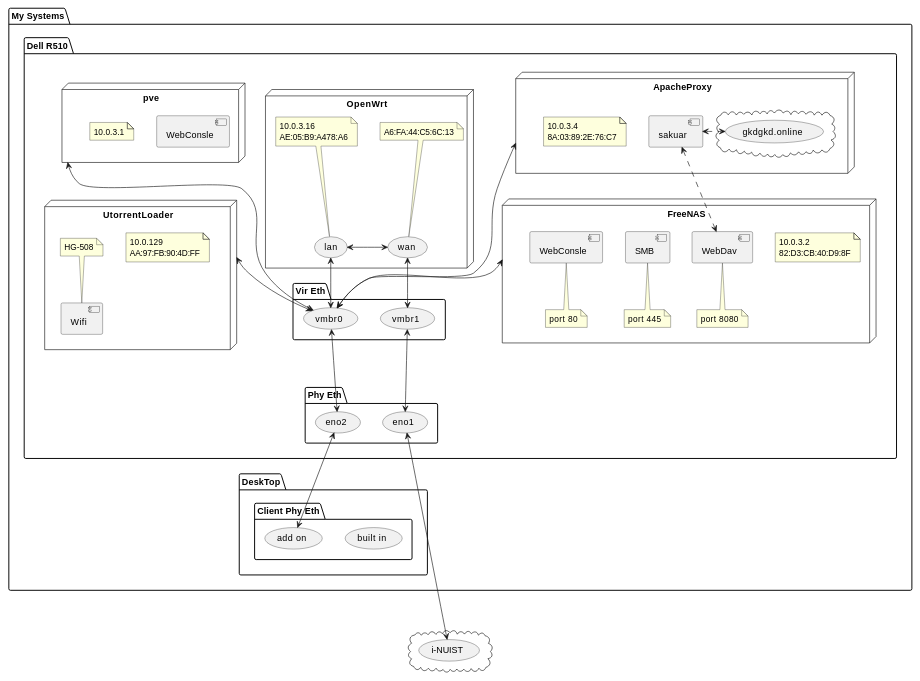
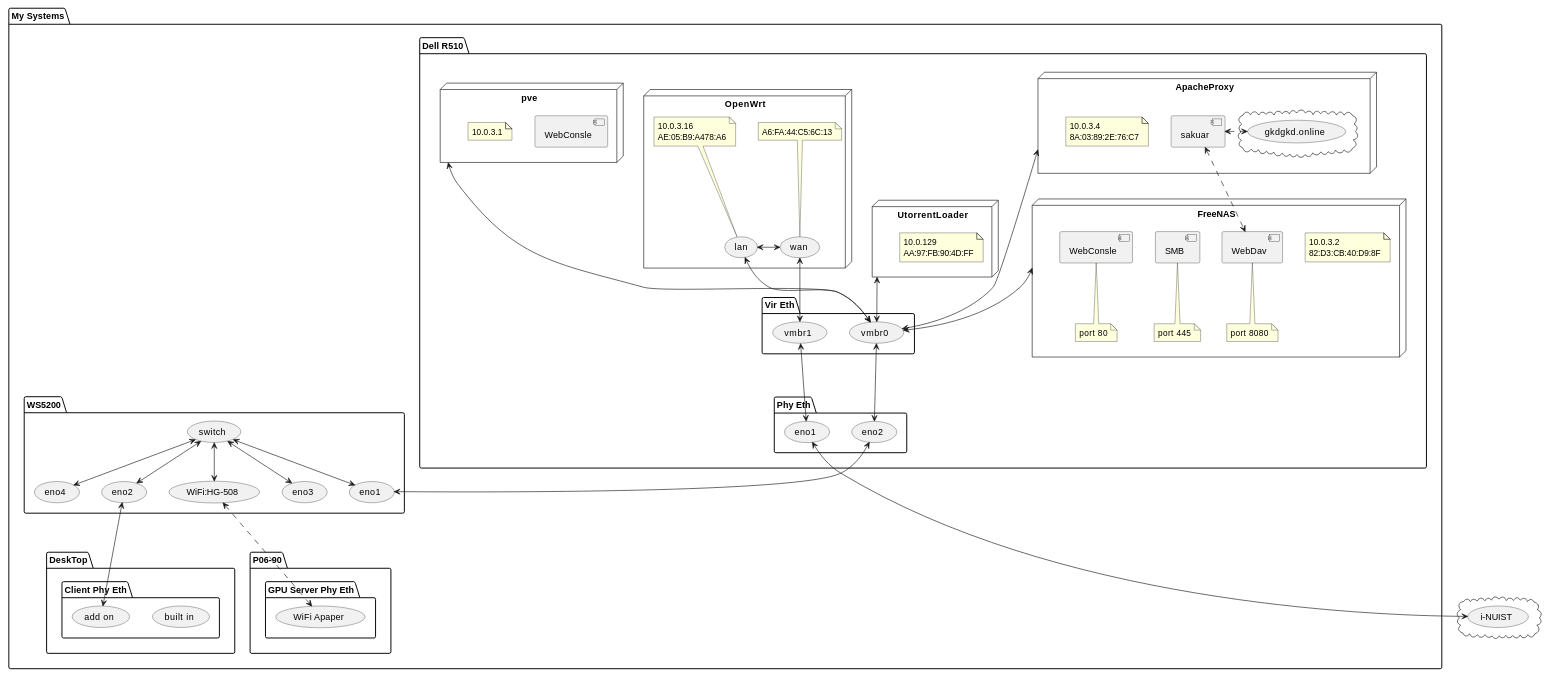
The first of 3 diagrams in Notes/MyServer.md (A0nameless0man/Pile), drawn with PlantUML before and after one commit. The commit also changed other lines of this file, not shown here.

````diff
--- a/Notes/MyServer.md
+++ b/Notes/MyServer.md
@@ -37,8 +37,6 @@
   }
   node UtorrentLoader as ul{
     note "10.0.129\nAA:97:FB:90:4D:FF" as uladdr
-    [Wifi] as wifi
-    note top : HG-508
   }
   node "OpenWrt" as ow{
     (lan)
@@ -61,13 +59,33 @@
   ul <--> ve0
   pve <---> ve0
 }
+package "WS5200" as router{
+  (switch) as rsw
+  (eno1) as rpe1
+  (eno2) as rpe2
+  (eno3) as rpe3
+  (eno4) as rpe4
+  (WiFi:HG-508) as wifi
+  rsw <--> rpe1
+  rsw <--> rpe2
+  rsw <--> rpe3
+  rsw <--> rpe4
+  rsw <--> wifi
+}
 package "DeskTop" as client{
     package "Client Phy Eth"{
     (built in) as cpe1
     (add on) as cpe2
   }
 }
+package "P06-90" as gpuserver{
+    package "GPU Server Phy Eth"{
+    (WiFi Apaper) as gpe1
+  }
 }
-pe2 <--> cpe2
+}
 pe1 <----> eth
+pe2 <--> rpe1
+rpe2 <---> cpe2
+wifi <-.-> gpe1
 ```
````
